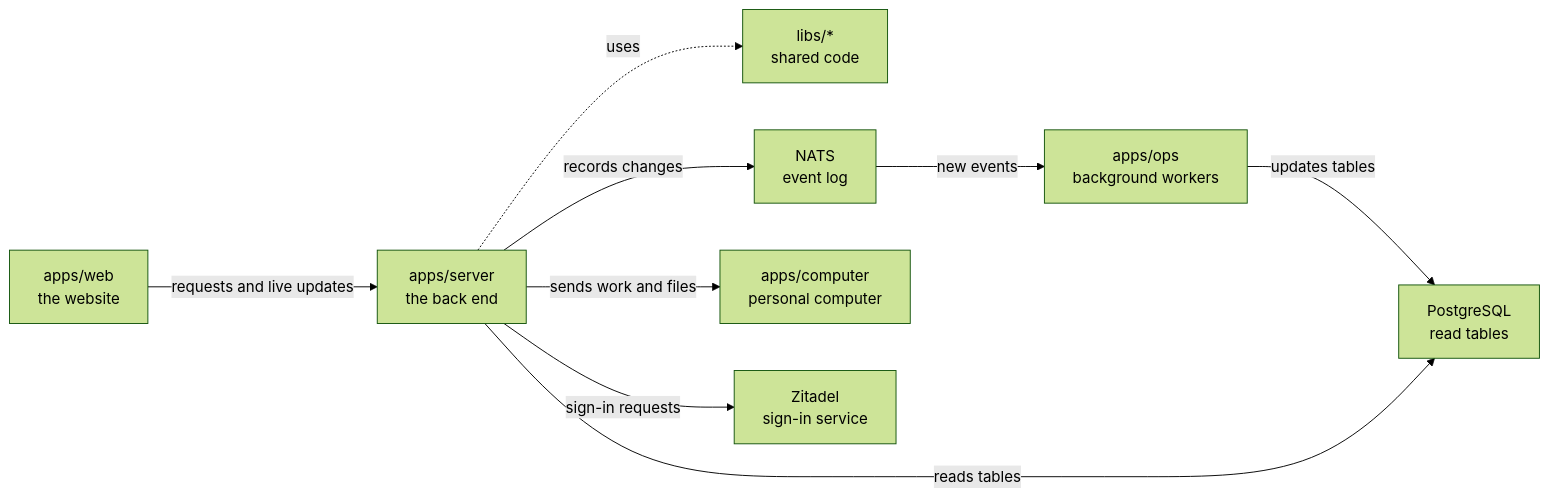
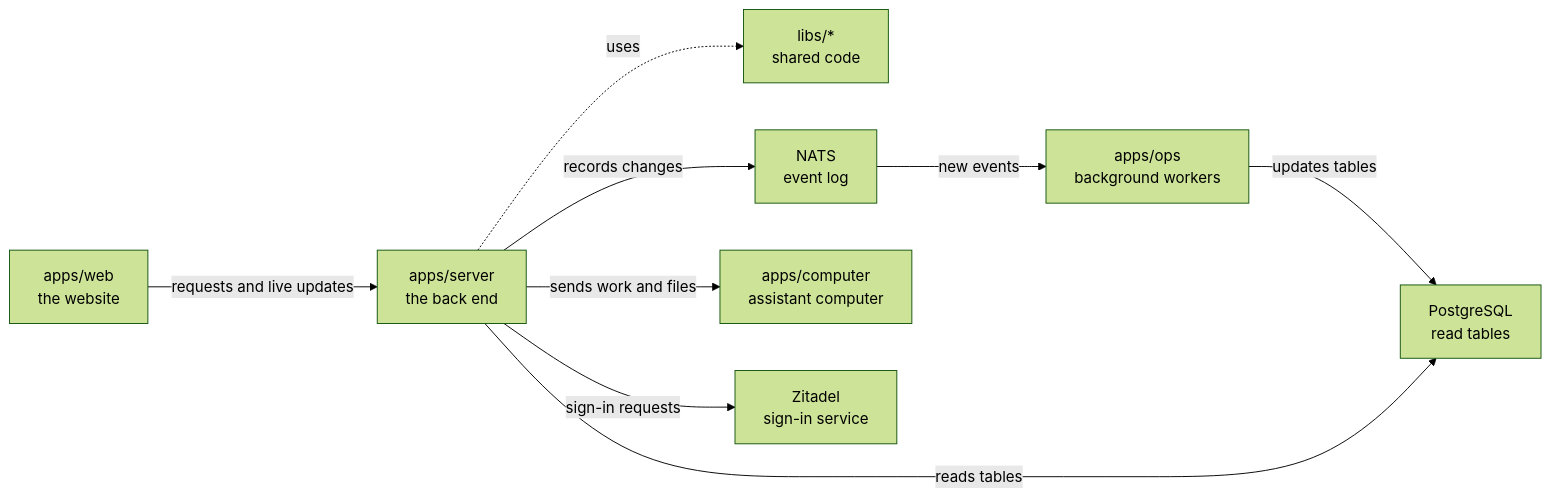
One commit to elewa-git/opencrane-new changed the diagram in apps/server/README.md. Above: the diagram before and after it, drawn with Mermaid (forest theme). The commit also changed other lines of this file and 25 other files, not shown here.

````diff
--- a/apps/server/README.md
+++ b/apps/server/README.md
@@ -11,11 +11,11 @@
 ```mermaid
 flowchart LR
   web["apps/web<br/>the website"] -->|requests and live updates| server["apps/server<br/>the back end"]
   server -.->|uses| libs["libs/*<br/>shared code"]
   server -->|records changes| nats["NATS<br/>event log"]
   nats -->|new events| ops["apps/ops<br/>background workers"]
   ops -->|updates tables| postgres["PostgreSQL<br/>read tables"]
   server -->|reads tables| postgres
-  server -->|sends work and files| computer["apps/computer<br/>personal computer"]
+  server -->|sends work and files| computer["apps/computer<br/>assistant computer"]
   server -->|sign-in requests| zitadel["Zitadel<br/>sign-in service"]
 ```
````
